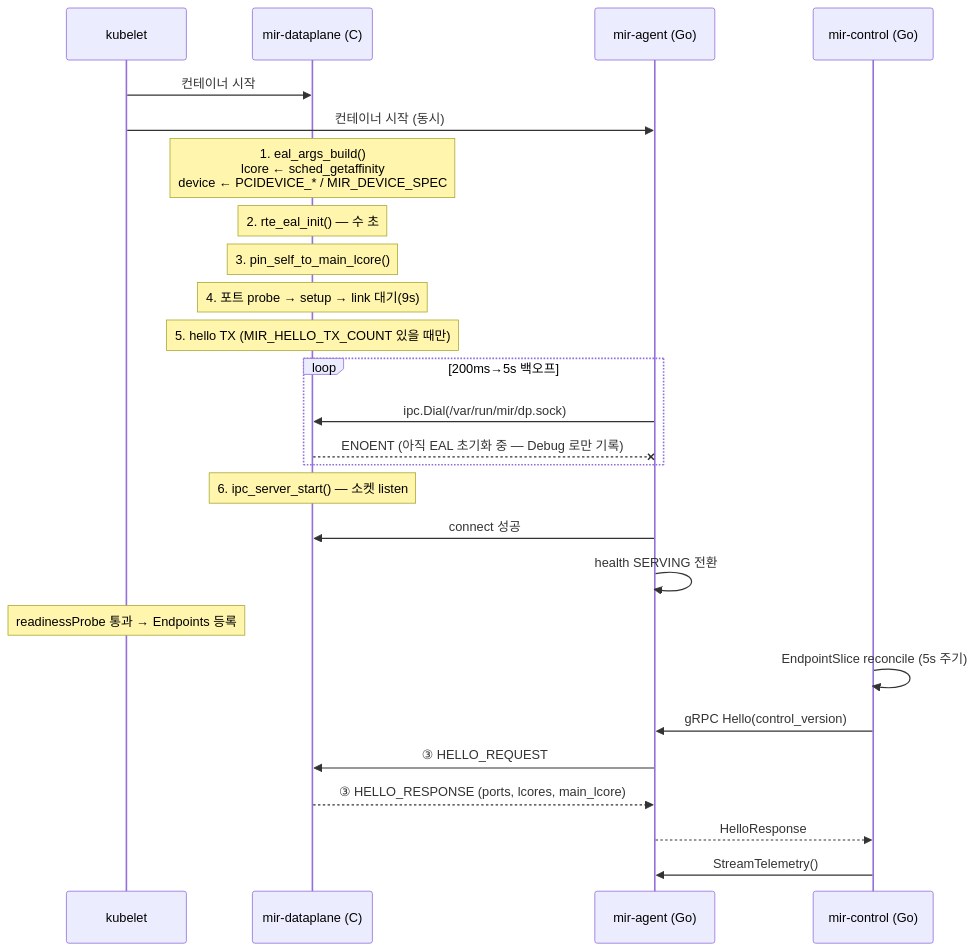
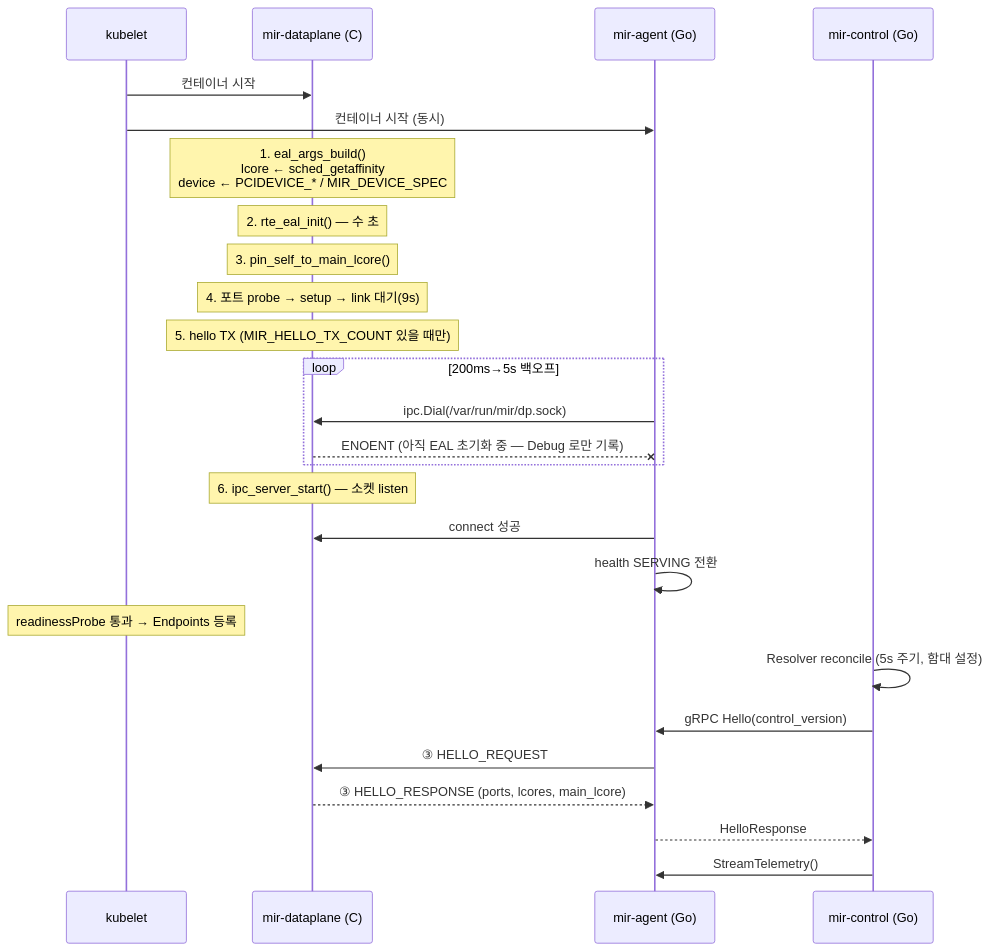
The first of 4 diagrams in docs/ARCHITECTURE.md (IanKim2030/Mir), drawn with Mermaid before and after one commit. The commit also changed other lines of this file and 4 other files, not shown here.

````diff
--- a/docs/ARCHITECTURE.md
+++ b/docs/ARCHITECTURE.md
@@ -89,33 +89,33 @@
 ```mermaid
 sequenceDiagram
     participant K as kubelet
     participant D as mir-dataplane (C)
     participant A as mir-agent (Go)
     participant C as mir-control (Go)
 
     K->>D: 컨테이너 시작
     K->>A: 컨테이너 시작 (동시)
 
     Note over D: 1. eal_args_build()<br/>lcore ← sched_getaffinity<br/>device ← PCIDEVICE_* / MIR_DEVICE_SPEC
     Note over D: 2. rte_eal_init() — 수 초
     Note over D: 3. pin_self_to_main_lcore()
     Note over D: 4. 포트 probe → setup → link 대기(9s)
     Note over D: 5. hello TX (MIR_HELLO_TX_COUNT 있을 때만)
 
     loop 200ms→5s 백오프
         A->>D: ipc.Dial(/var/run/mir/dp.sock)
         D--xA: ENOENT (아직 EAL 초기화 중 — Debug 로만 기록)
     end
 
     Note over D: 6. ipc_server_start() — 소켓 listen
     A->>D: connect 성공
     A->>A: health SERVING 전환
     Note over K: readinessProbe 통과 → Endpoints 등록
 
-    C->>C: EndpointSlice reconcile (5s 주기)
+    C->>C: Resolver reconcile (5s 주기, 함대 설정)
     C->>A: gRPC Hello(control_version)
     A->>D: ③ HELLO_REQUEST
     D-->>A: ③ HELLO_RESPONSE (ports, lcores, main_lcore)
     A-->>C: HelloResponse
     C->>A: StreamTelemetry()
 ```
````
